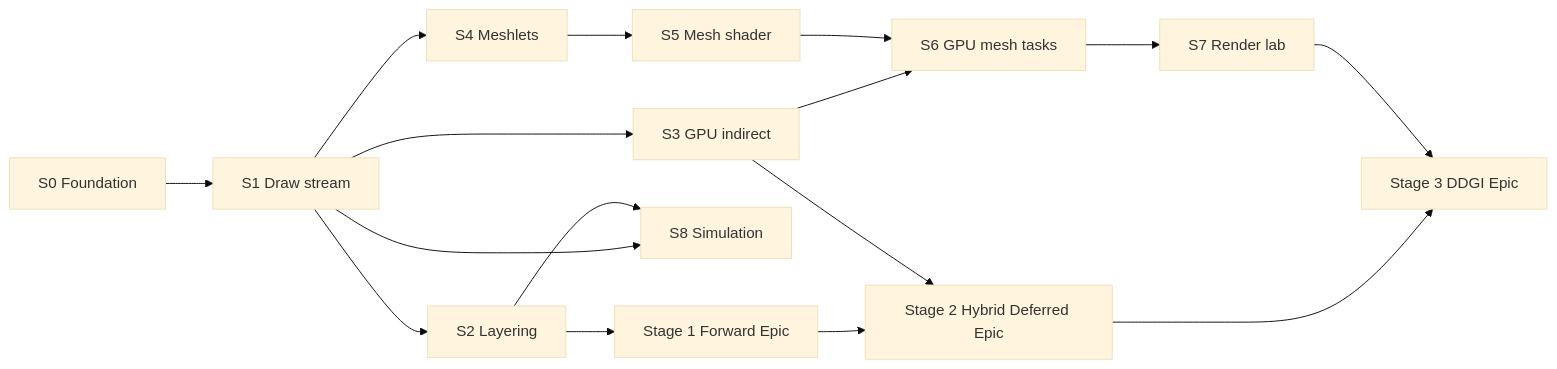
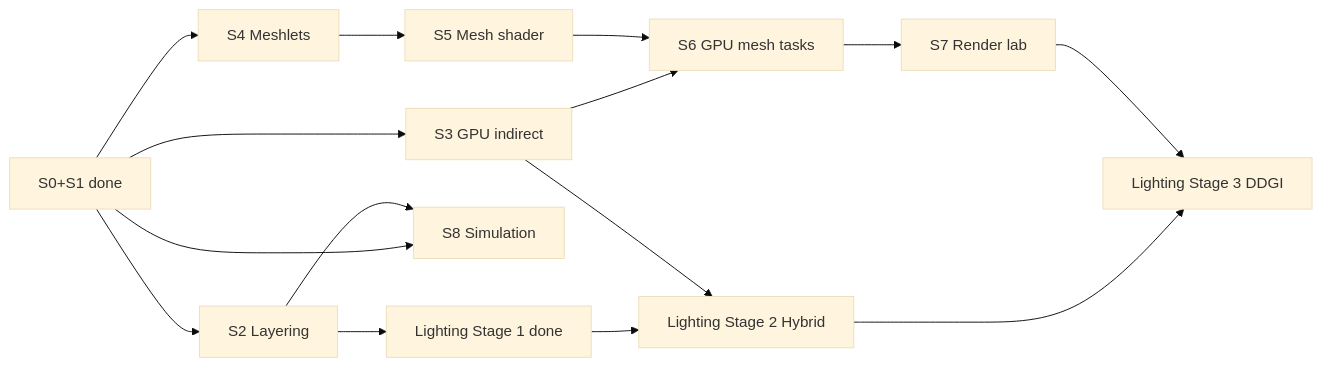
The first of 2 diagrams in Docs/Active-Plan.md (PluseggWill/SiriusEngine_VulkanReboot), drawn with Mermaid (base theme) before and after one commit. The commit also changed other lines of this file and 6 other files, not shown here.

First line of the commit message:
[Docs] Clarify Sprint vs Lighting Stage; archive S0/S1 in Active-Plan.

````diff
--- a/Docs/Active-Plan.md
+++ b/Docs/Active-Plan.md
@@ -37,19 +78,21 @@
 ```mermaid
 flowchart LR
-  SPR_S0[S0 Foundation] --> SPR_S1[S1 Draw stream]
-  SPR_S1 --> SPR_S2[S2 Layering]
-  SPR_S1 --> SPR_S3[S3 GPU indirect]
-  SPR_S1 --> SPR_S4[S4 Meshlets]
+  SPR_DONE[S0+S1 done]
+  SPR_DONE --> SPR_S2[S2 Layering]
+  SPR_DONE --> SPR_S3[S3 GPU indirect]
+  SPR_DONE --> SPR_S4[S4 Meshlets]
   SPR_S4 --> SPR_S5[S5 Mesh shader]
   SPR_S3 --> SPR_S6[S6 GPU mesh tasks]
   SPR_S5 --> SPR_S6
   SPR_S6 --> SPR_S7[S7 Render lab]
-  SPR_S1 --> SPR_S8[S8 Simulation]
+  SPR_DONE --> SPR_S8[S8 Simulation]
   SPR_S2 --> SPR_S8
 
-  STG_1[Stage 1 Forward Epic] --> STG_2[Stage 2 Hybrid Deferred Epic]
-  STG_2 --> STG_3[Stage 3 DDGI Epic]
-  SPR_S2 --> STG_1
-  SPR_S3 --> STG_2
-  SPR_S7 --> STG_3
+  LSTG1[Lighting Stage 1 done]
+  LSTG2[Lighting Stage 2 Hybrid]
+  LSTG3[Lighting Stage 3 DDGI]
+  LSTG1 --> LSTG2 --> LSTG3
+  SPR_S2 --> LSTG1
+  SPR_S3 --> LSTG2
+  SPR_S7 --> LSTG3
 ```
````
